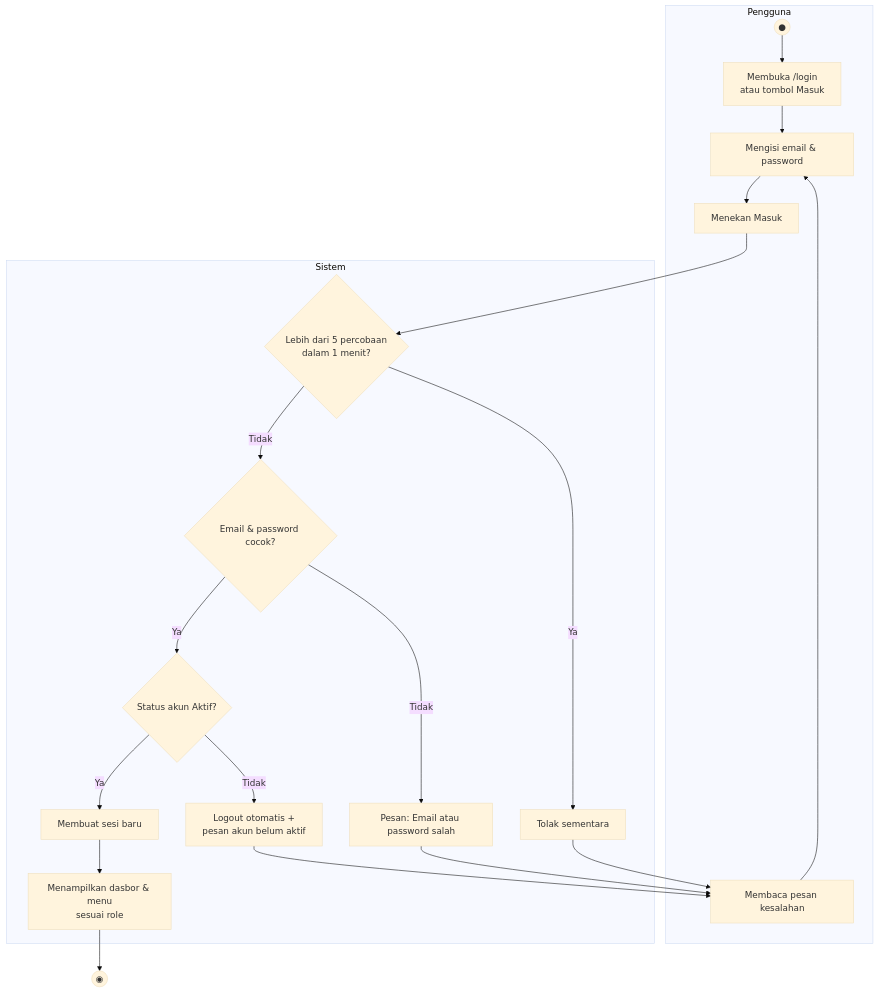
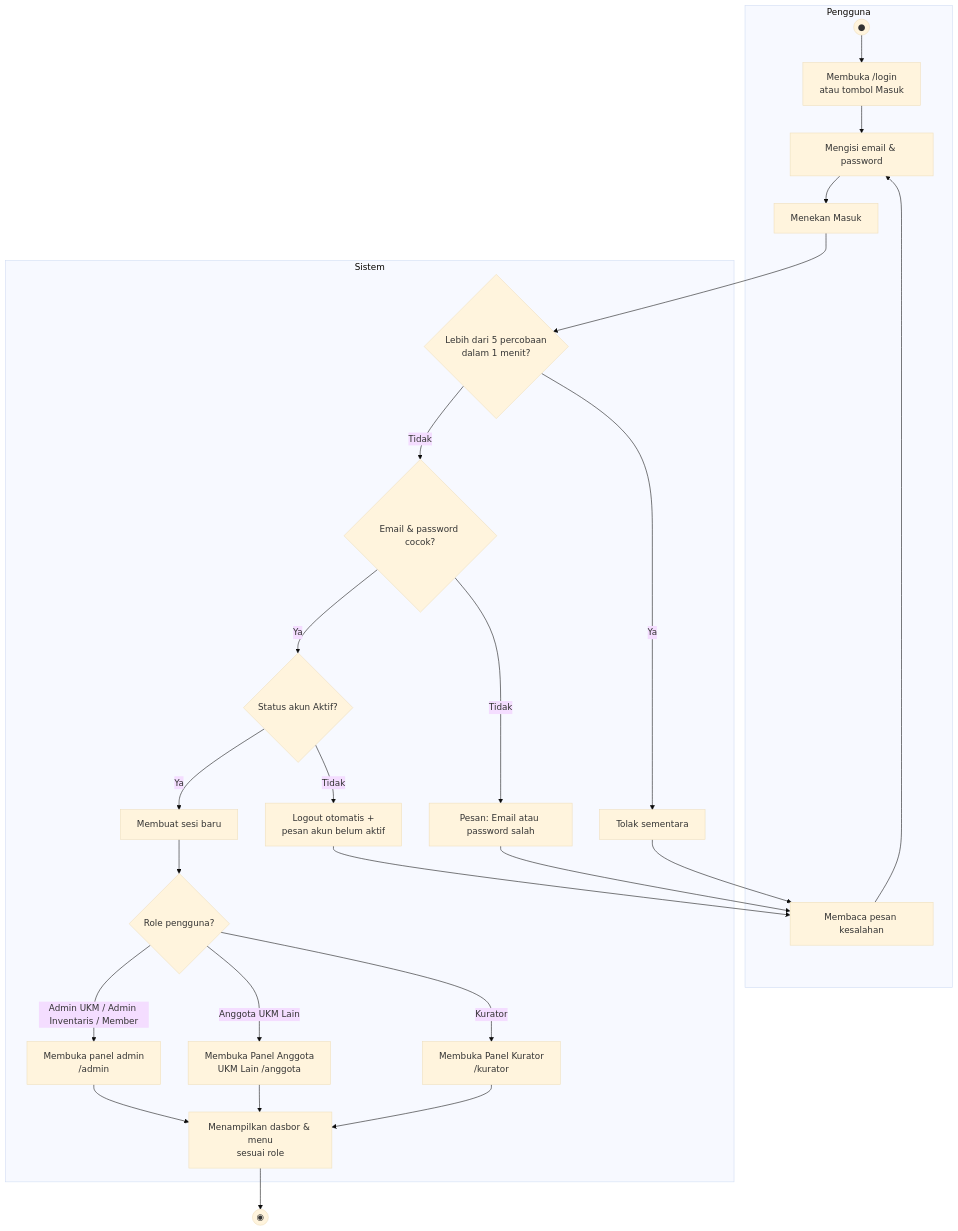
Before and after one commit to alwi-web/UKM-PHOTOHRAPHY-UNIVERSITAS-PANCASILA: the second of 9 diagrams in docs/uml.md, drawn with Mermaid (base theme). The commit also changed other lines of this file and 12 other files, not shown here.

First line of the commit message:
docs: perbarui UML dan ERD (nominasi foto mingguan, pencarian karya, panel per peran)

````diff
--- a/docs/uml.md
+++ b/docs/uml.md
@@ -75,20 +75,26 @@
 ```mermaid
 flowchart TB
     subgraph L1["Pengguna"]
         S((●)) --> A1[Membuka /login<br/>atau tombol Masuk]
         A1 --> A2[Mengisi email & password]
         A2 --> A3[Menekan Masuk]
         A6[Membaca pesan kesalahan] --> A2
     end
     subgraph L2["Sistem"]
         A3 --> B0{Lebih dari 5 percobaan<br/>dalam 1 menit?}
         B0 -- Ya --> B0a[Tolak sementara] --> A6
         B0 -- Tidak --> B1{Email & password cocok?}
         B1 -- Tidak --> B1a[Pesan: Email atau password salah] --> A6
         B1 -- Ya --> B2{Status akun Aktif?}
         B2 -- Tidak --> B2a[Logout otomatis +<br/>pesan akun belum aktif] --> A6
         B2 -- Ya --> B3[Membuat sesi baru]
-        B3 --> B4[Menampilkan dasbor & menu<br/>sesuai role]
+        B3 --> B5{Role pengguna?}
+        B5 -- Kurator --> B6[Membuka Panel Kurator<br/>/kurator]
+        B5 -- Anggota UKM Lain --> B7[Membuka Panel Anggota<br/>UKM Lain /anggota]
+        B5 -- Admin UKM / Admin Inventaris / Member --> B8[Membuka panel admin<br/>/admin]
+        B6 --> B4[Menampilkan dasbor & menu<br/>sesuai role]
+        B7 --> B4
+        B8 --> B4
     end
     B4 --> E((◉))
 ```
````
